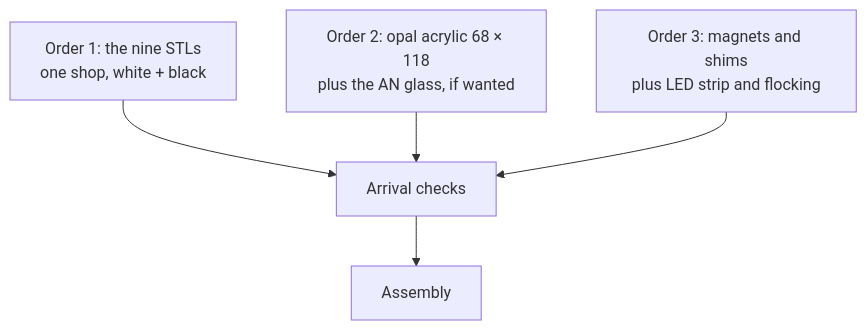
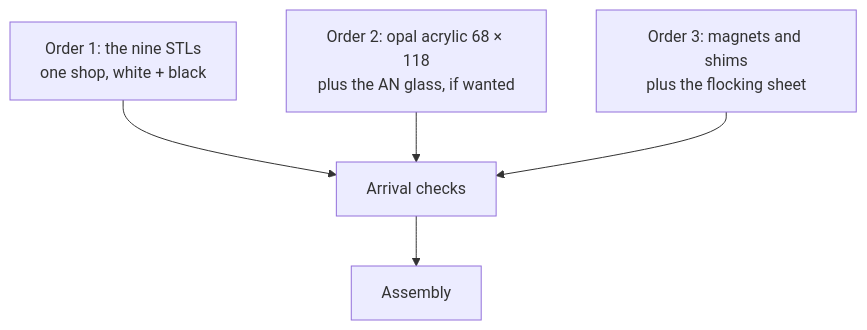
Before and after one commit to Neoanaloglab/Neobox: the diagram in docs/bom.md, drawn with Mermaid. The commit also changed other lines of this file and 59 other files, not shown here.

First line of the commit message:
Retire the LED strip and call the release v1

````diff
--- a/docs/bom.md
+++ b/docs/bom.md
@@ -179,7 +176,7 @@
 ```mermaid
 flowchart TD
   A[Order 1: the nine STLs<br/>one shop, white + black] --> D[Arrival checks]
   B[Order 2: opal acrylic 68 × 118<br/>plus the AN glass, if wanted] --> D
-  C[Order 3: magnets and shims<br/>plus LED strip and flocking] --> D
+  C[Order 3: magnets and shims<br/>plus the flocking sheet] --> D
   D --> E[Assembly]
 ```
````
